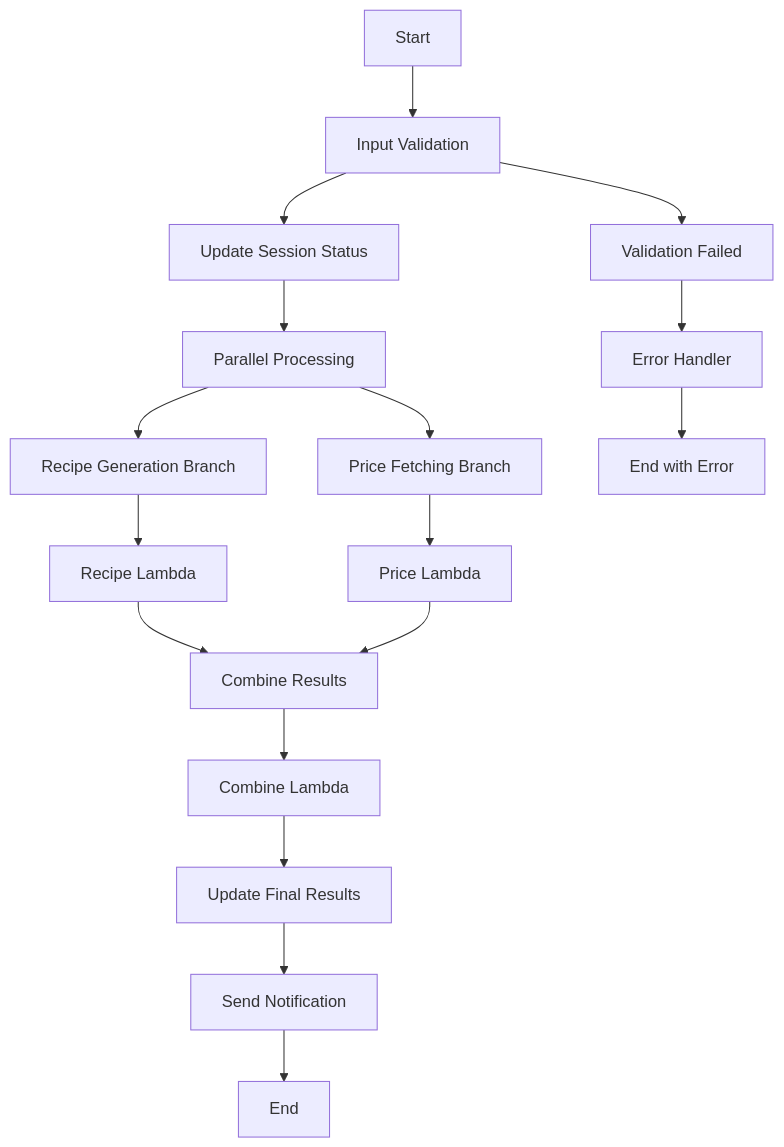
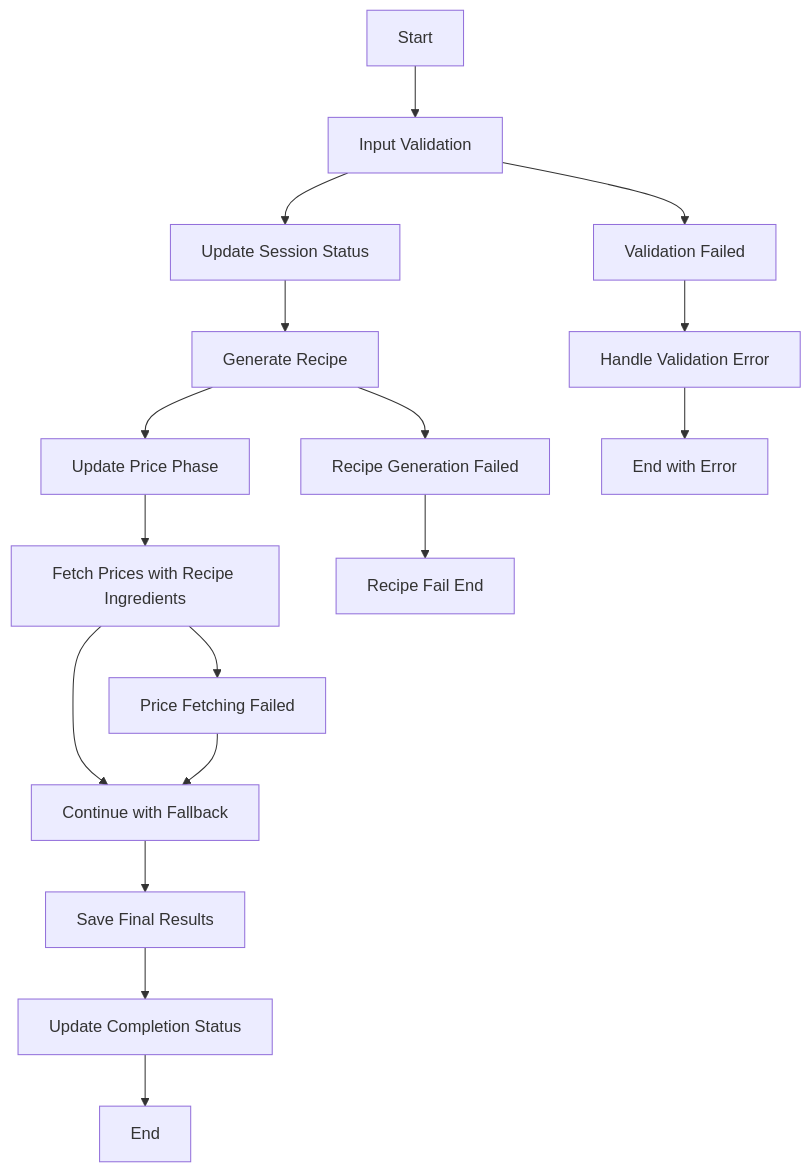
Before and after one commit to awsqhackathonXddeokssang/team21-aws-hackathon: the diagram in docs/backend-specs/step-functions/step-functions-workflow.md, drawn with Mermaid. The commit also changed other lines of this file and 10 other files, not shown here.

Commit message:
Implement Step Functions with sequential workflow: recipe generation -> price lookup -> combine results

````diff
--- a/docs/backend-specs/step-functions/step-functions-workflow.md
+++ b/docs/backend-specs/step-functions/step-functions-workflow.md
@@ -8,24 +8,24 @@
 ```mermaid
 graph TD
     A[Start] --> B[Input Validation]
     B --> C[Update Session Status]
-    C --> D[Parallel Processing]
+    C --> D[Generate Recipe]
     
-    D --> E[Recipe Generation Branch]
-    D --> F[Price Fetching Branch]
+    D --> E[Update Price Phase]
+    E --> F[Fetch Prices with Recipe Ingredients]
     
-    E --> G[Recipe Lambda]
-    F --> H[Price Lambda]
+    F --> G[Combine Results]
+    G --> H[Save Final Results]
+    H --> I[Update Completion Status]
+    I --> J[End]
     
-    G --> I[Combine Results]
-    H --> I
+    B --> K[Validation Failed]
+    K --> L[Handle Validation Error]
+    L --> M[End with Error]
     
-    I --> J[Combine Lambda]
-    J --> K[Update Final Results]
-    K --> L[Send Notification]
-    L --> M[End]
+    D --> N[Recipe Generation Failed]
+    N --> O[Recipe Fail End]
     
-    B --> N[Validation Failed]
-    N --> O[Error Handler]
-    O --> P[End with Error]
+    F --> P[Price Fetching Failed]
+    P --> G[Continue with Fallback]
 ```
````
